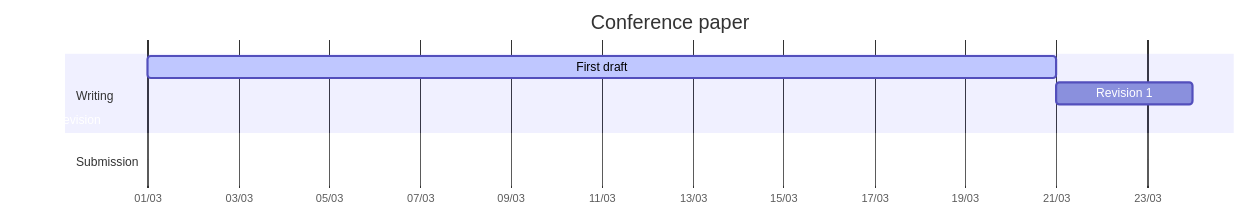
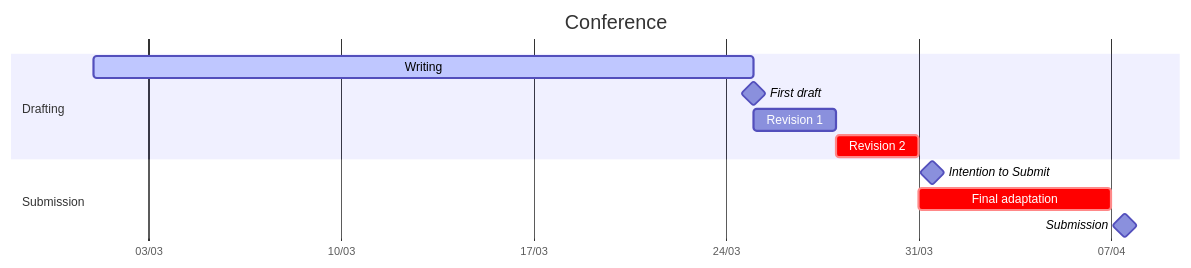
One commit to alopezag/paper_OA changed the diagram in README.md. Above: the diagram before and after it, drawn with Mermaid. The commit also changed other lines of this file, not shown here.

Commit message:
planned activities #2

````diff
--- a/README.md
+++ b/README.md
@@ -24,16 +24,18 @@
 ```mermaid
 gantt
 dateFormat  YYYY-MM-DD
 axisFormat %d/%m
-title Conference paper
+title Conference
 
-section Writing
-  First draft   :active,  w1, 2024-03-01,20d
-  Revision 1  : w2, after w1, 3d
-  Final revision :crit,  w3, after w3, 3d
+section Drafting
+  Writing   :active,  w1, 2024-03-01,24d
+  First draft :milestone, 2024-03-25
+  Revision 1 : w2, after w1, 3d
+  Revision 2 :crit, w3, after w2, 3d
 
 section Submission
-   Intension to Submit.     :crit, 2024-04-01
-   Submission               :crit, 2024-04-18
+   Intention to Submit     :milestone, 2024-04-01
+   Final adaptation               :crit, s2, after w3,  7d
+   Submission     :milestone, 2024-04-08
 
 ```
````
